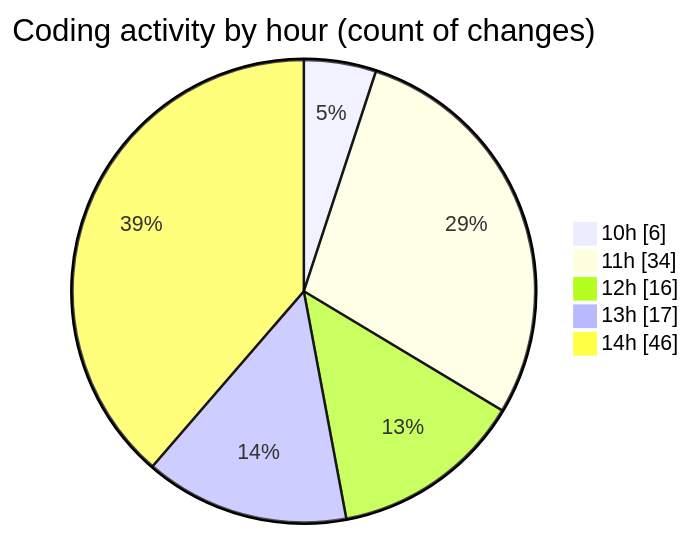
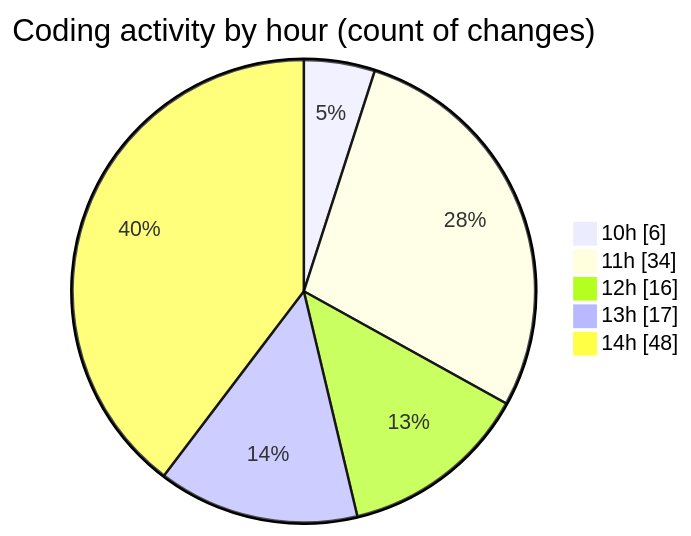
Before and after one commit to momahboobian/code-tracking: the second of 2 diagrams in 2025-08-13/cda/README.md, drawn with Mermaid. The commit also changed other lines of this file and 1 other file, not shown here.

````diff
--- a/2025-08-13/cda/README.md
+++ b/2025-08-13/cda/README.md
@@ -49,9 +49,9 @@
 ```mermaid
 pie showData
 title Coding activity by hour (count of changes)
 "10h" : 6
 "11h" : 34
 "12h" : 16
 "13h" : 17
-"14h" : 46
+"14h" : 48
 ```
````
